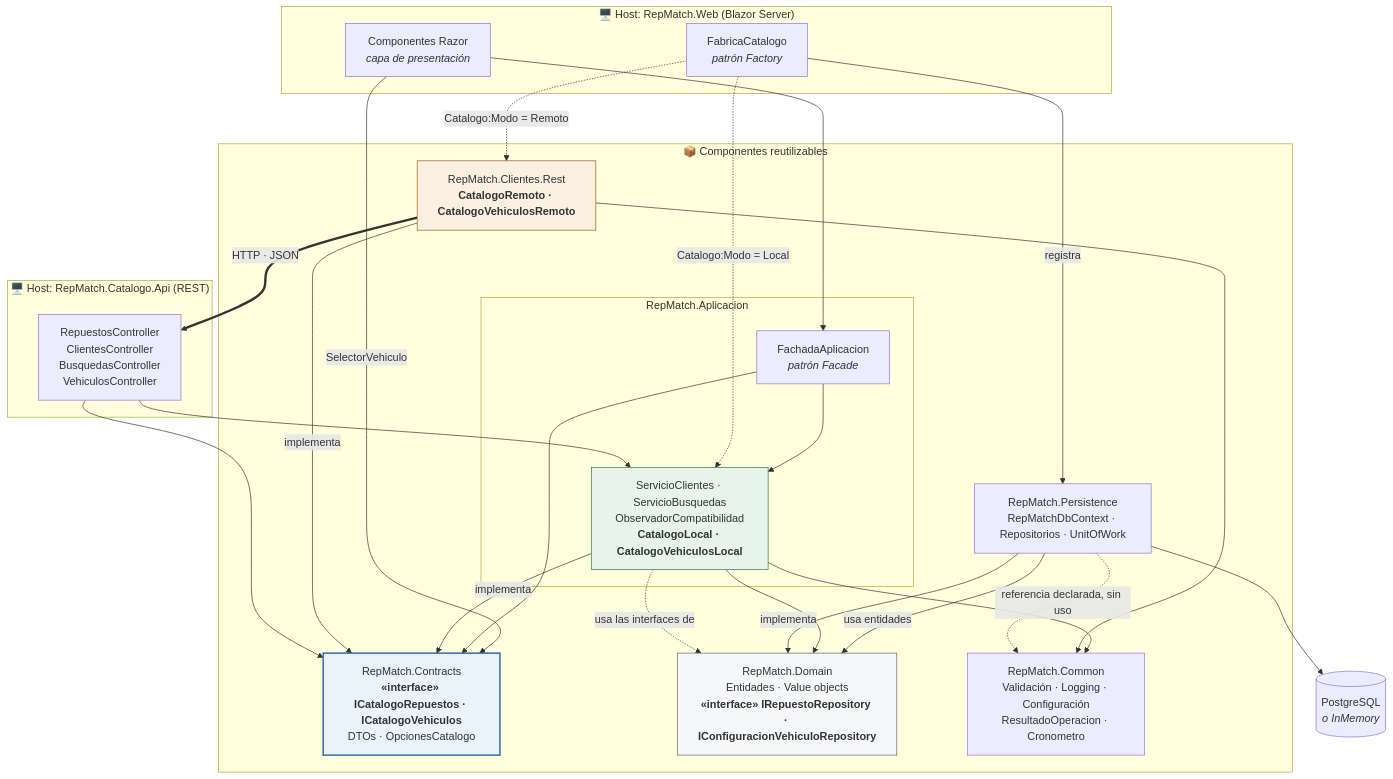
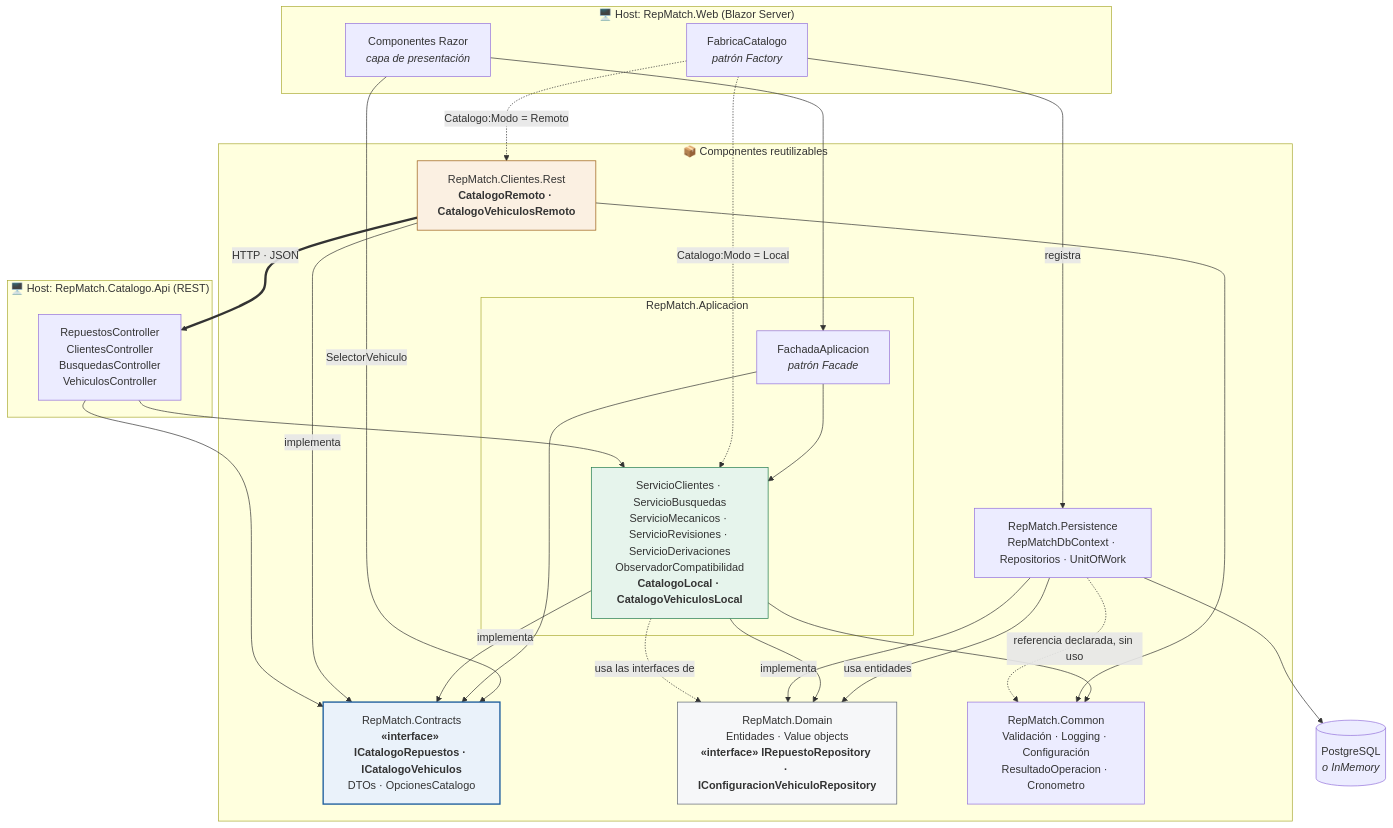
Before and after one commit to lfb-00/tp-apps-2: the diagram in docs/diagramas/componentes.md, drawn with Mermaid. The commit also changed other lines of this file and 54 other files, not shown here.

````diff
--- a/docs/diagramas/componentes.md
+++ b/docs/diagramas/componentes.md
@@ -20,55 +20,55 @@
 ```mermaid
 flowchart TB
     subgraph host_web["🖥️ Host: RepMatch.Web (Blazor Server)"]
         UI["Componentes Razor<br/><i>capa de presentación</i>"]
         FCAT["FabricaCatalogo<br/><i>patrón Factory</i>"]
     end
 
     subgraph host_api["🖥️ Host: RepMatch.Catalogo.Api (REST)"]
         CTRL["RepuestosController<br/>ClientesController<br/>BusquedasController<br/>VehiculosController"]
     end
 
     subgraph comp["📦 Componentes reutilizables"]
         subgraph app_sub["RepMatch.Aplicacion"]
             FACH["FachadaAplicacion<br/><i>patrón Facade</i>"]
-            APP["ServicioClientes · ServicioBusquedas<br/>ObservadorCompatibilidad<br/><b>CatalogoLocal · CatalogoVehiculosLocal</b>"]
+            APP["ServicioClientes · ServicioBusquedas<br/>ServicioMecanicos · ServicioRevisiones · ServicioDerivaciones<br/>ObservadorCompatibilidad<br/><b>CatalogoLocal · CatalogoVehiculosLocal</b>"]
         end
         REST["RepMatch.Clientes.Rest<br/><b>CatalogoRemoto · CatalogoVehiculosRemoto</b>"]
         CON["RepMatch.Contracts<br/><b>«interface» ICatalogoRepuestos · ICatalogoVehiculos</b><br/>DTOs · OpcionesCatalogo"]
         PER["RepMatch.Persistence<br/>RepMatchDbContext · Repositorios · UnitOfWork"]
         DOM["RepMatch.Domain<br/>Entidades · Value objects<br/><b>«interface» IRepuestoRepository · IConfiguracionVehiculoRepository</b>"]
         COM["RepMatch.Common<br/>Validación · Logging · Configuración<br/>ResultadoOperacion · Cronometro"]
     end
 
     BD[("PostgreSQL<br/><i>o InMemory</i>")]
 
     UI --> FACH
     UI -- SelectorVehiculo --> CON
     FCAT -- registra --> PER
     FACH --> APP
     FACH --> CON
     FCAT -. "Catalogo:Modo = Local" .-> APP
     FCAT -. "Catalogo:Modo = Remoto" .-> REST
 
     APP -- implementa --> CON
     REST -- implementa --> CON
 
     REST == "HTTP · JSON" ==> CTRL
     CTRL --> APP
     CTRL --> CON
 
     PER -- usa entidades --> DOM
     APP --> DOM
     APP --> COM
     REST --> COM
     PER -- implementa --> DOM
     PER -. "referencia declarada, sin uso" .-> COM
     PER --> BD
 
     APP -. "usa las interfaces de" .-> DOM
 
     style CON fill:#eaf2fa,stroke:#1f5f9e,stroke-width:2px
     style APP fill:#e6f4ec,stroke:#1f7a4d
     style REST fill:#fbf0e2,stroke:#9a5b13
     style DOM fill:#f6f7f9,stroke:#5b6472
 ```
````
